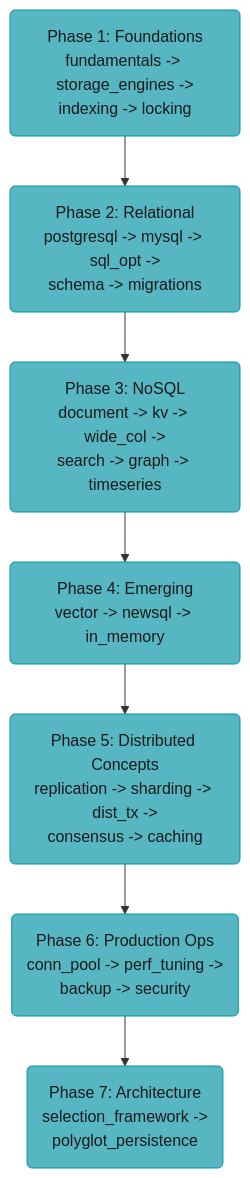
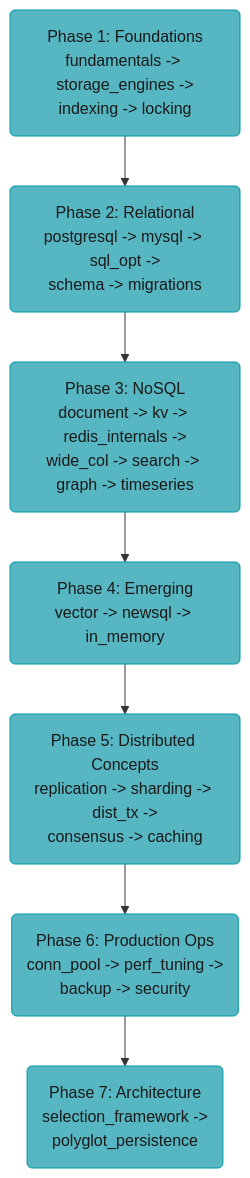
One commit to rppol/system-design changed the diagram in src/main/java/com/rutik/systemdesign/database/README.md. Above: the diagram before and after it, drawn with Mermaid. The commit also changed other lines of this file and 13 other files, not shown here.

````diff
--- a/src/main/java/com/rutik/systemdesign/database/README.md
+++ b/src/main/java/com/rutik/systemdesign/database/README.md
@@ -104,22 +105,22 @@
 ```mermaid
 flowchart TD
     classDef io      fill:#61afef,stroke:#2e86c1,color:#1a1a1a,font-weight:bold
     classDef frozen  fill:#c678dd,stroke:#9b59b6,color:#fff
     classDef train   fill:#98c379,stroke:#27ae60,color:#1a1a1a
     classDef mathOp  fill:#d19a66,stroke:#e67e22,color:#1a1a1a,font-weight:bold
     classDef lossN   fill:#e06c75,stroke:#c0392b,color:#fff,font-weight:bold
     classDef req     fill:#56b6c2,stroke:#0097a7,color:#1a1a1a
     classDef base    fill:#e5c07b,stroke:#f39c12,color:#1a1a1a
 
     p1("Phase 1: Foundations<br/>fundamentals -&gt; storage_engines -&gt;<br/>indexing -&gt; locking")
     p2("Phase 2: Relational<br/>postgresql -&gt; mysql -&gt; sql_opt -&gt;<br/>schema -&gt; migrations")
-    p3("Phase 3: NoSQL<br/>document -&gt; kv -&gt; wide_col -&gt;<br/>search -&gt; graph -&gt; timeseries")
+    p3("Phase 3: NoSQL<br/>document -&gt; kv -&gt; redis_internals -&gt;<br/>wide_col -&gt; search -&gt; graph -&gt; timeseries")
     p4("Phase 4: Emerging<br/>vector -&gt; newsql -&gt; in_memory")
     p5("Phase 5: Distributed Concepts<br/>replication -&gt; sharding -&gt; dist_tx -&gt;<br/>consensus -&gt; caching")
     p6("Phase 6: Production Ops<br/>conn_pool -&gt; perf_tuning -&gt;<br/>backup -&gt; security")
     p7("Phase 7: Architecture<br/>selection_framework -&gt;<br/>polyglot_persistence")
 
     p1 --> p2 --> p3 --> p4 --> p5 --> p6 --> p7
 
     class p1,p2,p3,p4,p5,p6,p7 req
 ```
````
